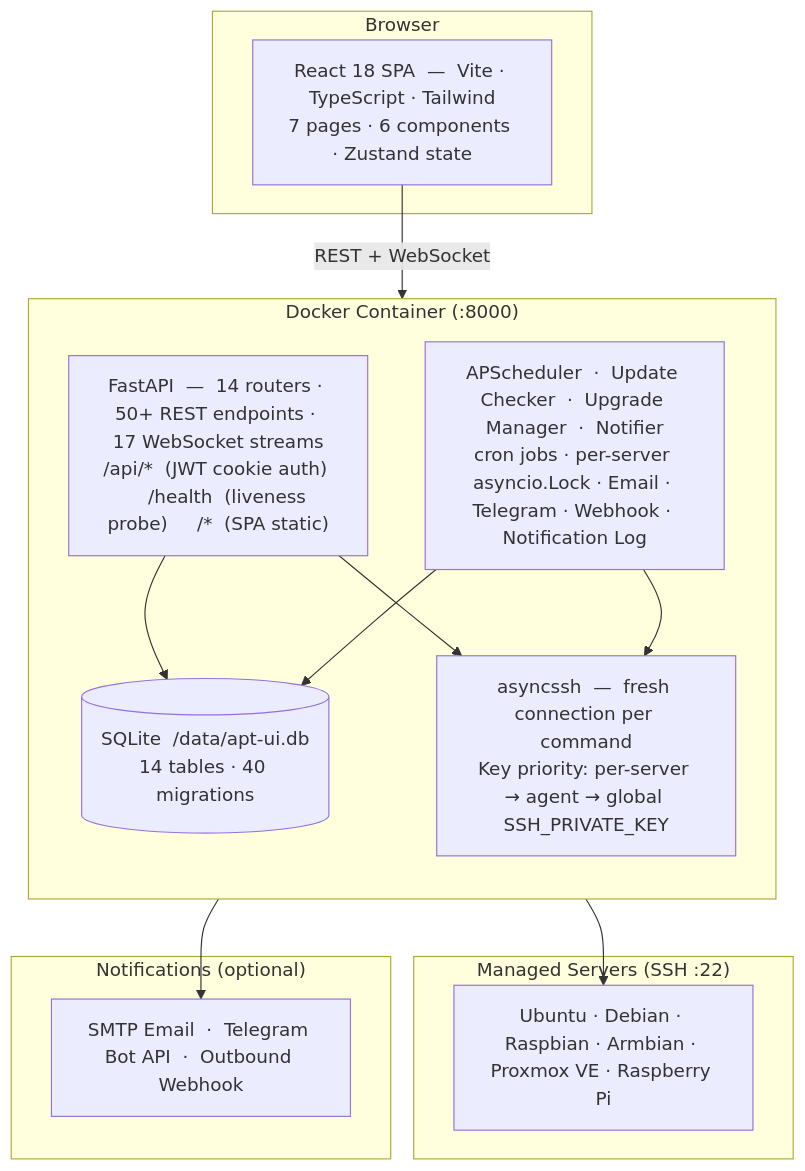
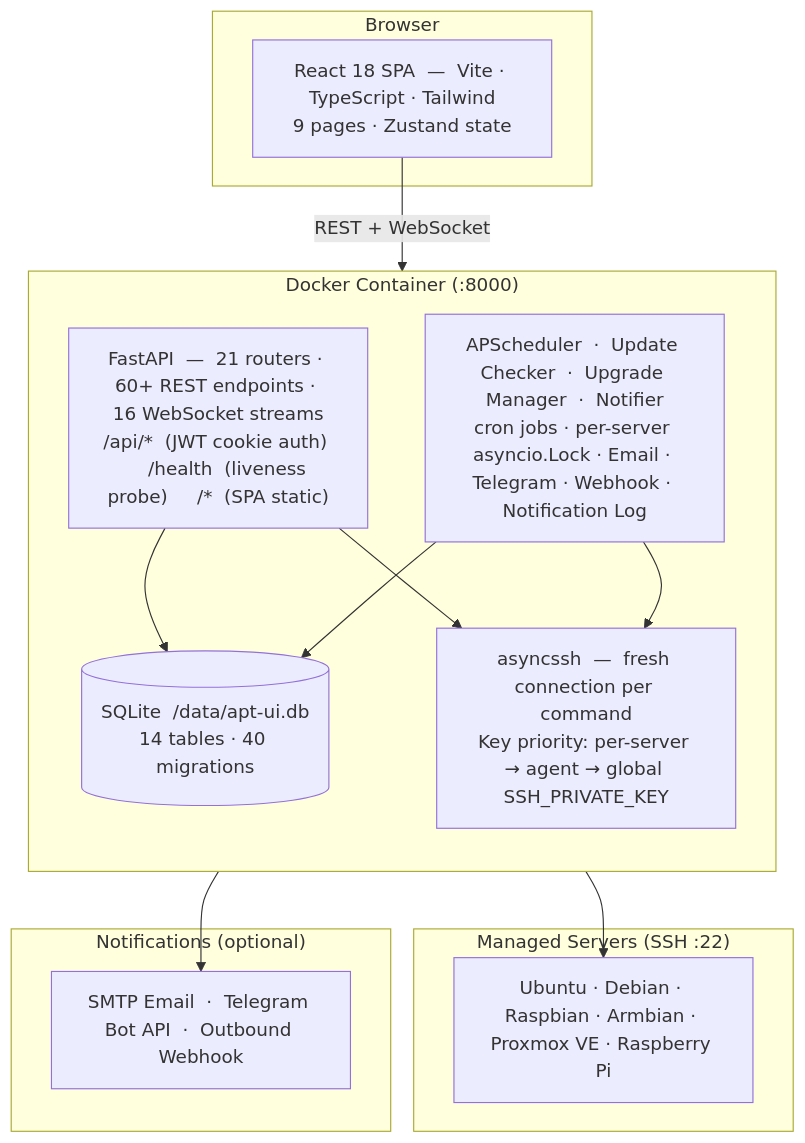
The diagram in README.md (mzac/apt-ui), drawn with Mermaid before and after one commit. The commit also changed other lines of this file and 3 other files, not shown here.

````diff
--- a/README.md
+++ b/README.md
@@ -312,30 +327,30 @@
 ```mermaid
 graph TB
     subgraph browser["Browser"]
-        SPA["React 18 SPA  —  Vite · TypeScript · Tailwind\n7 pages · 6 components · Zustand state"]
+        SPA["React 18 SPA  —  Vite · TypeScript · Tailwind\n9 pages · Zustand state"]
     end
 
     subgraph container["Docker Container  (:8000)"]
         direction TB
-        API["FastAPI  —  14 routers · 50+ REST endpoints · 17 WebSocket streams\n/api/*  (JWT cookie auth)     /health  (liveness probe)     /*  (SPA static)"]
+        API["FastAPI  —  21 routers · 60+ REST endpoints · 16 WebSocket streams\n/api/*  (JWT cookie auth)     /health  (liveness probe)     /*  (SPA static)"]
         BG["APScheduler  ·  Update Checker  ·  Upgrade Manager  ·  Notifier\ncron jobs · per-server asyncio.Lock · Email · Telegram · Webhook · Notification Log"]
         DB[("SQLite  /data/apt-ui.db\n14 tables · 40 migrations")]
         SSH["asyncssh  —  fresh connection per command\nKey priority: per-server → agent → global SSH_PRIVATE_KEY"]
     end
 
     subgraph servers["Managed Servers  (SSH :22)"]
         S["Ubuntu · Debian · Raspbian · Armbian · Proxmox VE · Raspberry Pi"]
     end
 
     subgraph notif["Notifications  (optional)"]
         N["SMTP Email  ·  Telegram Bot API  ·  Outbound Webhook"]
     end
 
     SPA -- "REST + WebSocket" --> API
     API --> DB
     API --> SSH
     BG --> DB
     BG --> SSH
     BG --> N
     SSH --> S
 ```
````
